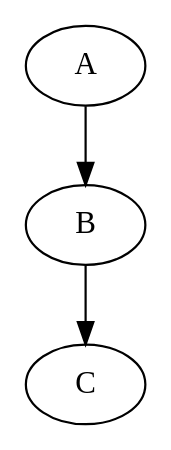
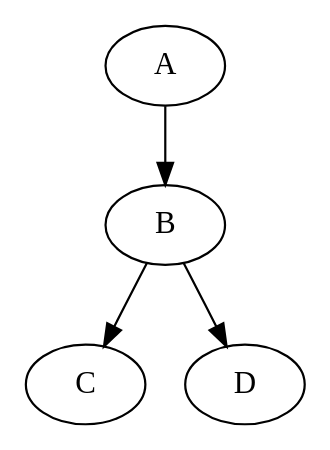
The first of 2 diagrams in courseware/README.org (nikclayton/web-courseware), drawn with Graphviz before and after one commit. The commit also changed other lines of this file, not shown here.

Commit message:
Update GraphViz example, include an example of the output.

```diff
--- a/courseware/README.org
+++ b/courseware/README.org
@@ -259,5 +259,6 @@
 #+BEGIN_SRC dot :file dependency-1.svg :cmdline -Tsvg -Gstylesheet=../graphviz.css
 digraph G {
   A -> B -> C;
+  B-> D;
 }
 #+END_SRC
```
